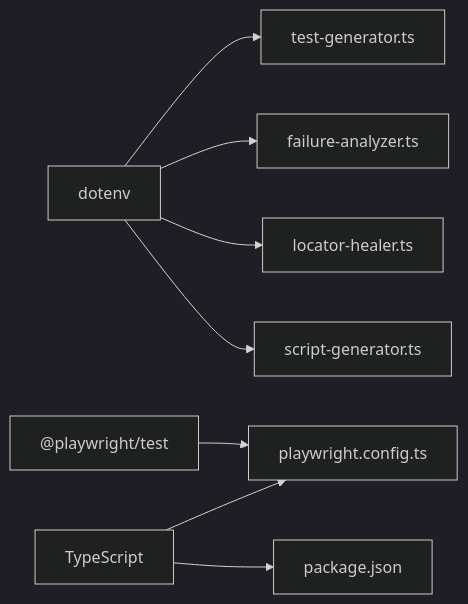
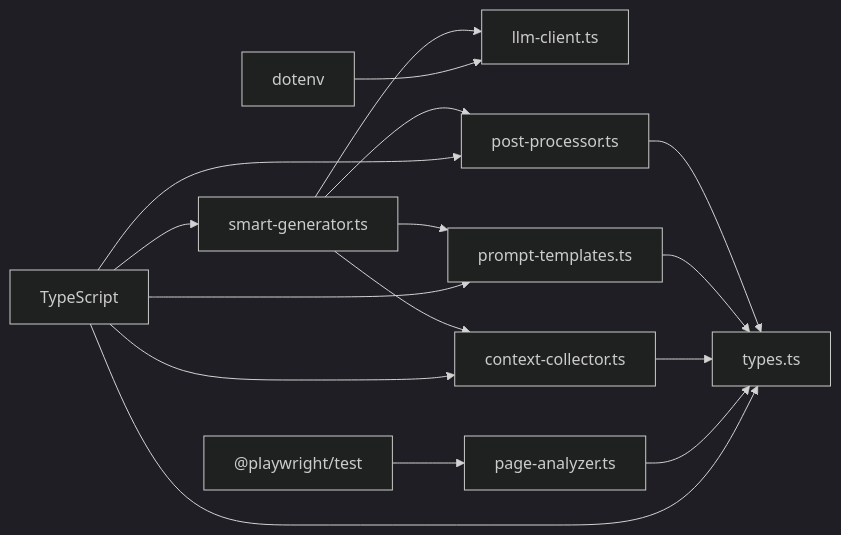
The fifth of 5 diagrams in .qoder/repowiki/zh/content/AI测试生成系统/AI测试用例生成器.md (zzgoviziwind/--playwright), drawn with Mermaid (dark theme) before and after one commit. The commit also changed other lines of this file and 112 other files, not shown here.

````diff
--- a/.qoder/repowiki/zh/content/AI测试生成系统/AI测试用例生成器.md
+++ b/.qoder/repowiki/zh/content/AI测试生成系统/AI测试用例生成器.md
@@ -312,10 +319,18 @@
 ```mermaid
 graph LR
-DOTENV["dotenv"] --> TG["test-generator.ts"]
-DOTENV --> FA["failure-analyzer.ts"]
-DOTENV --> LH["locator-healer.ts"]
-DOTENV --> SG["script-generator.ts"]
-PW["@playwright/test"] --> PC["playwright.config.ts"]
-TS["TypeScript"] --> PC
-TS --> PJ["package.json"]
+DOTENV["dotenv"] --> LLM["llm-client.ts"]
+PLAYWRIGHT["@playwright/test"] --> PA["page-analyzer.ts"]
+TYPESCRIPT["TypeScript"] --> SG["smart-generator.ts"]
+TYPESCRIPT --> PT["prompt-templates.ts"]
+TYPESCRIPT --> PP["post-processor.ts"]
+TYPESCRIPT --> CC["context-collector.ts"]
+TYPESCRIPT --> TY["types.ts"]
+SG --> CC
+SG --> PT
+SG --> PP
+SG --> LLM
+PA --> TY
+CC --> TY
+PT --> TY
+PP --> TY
 ```
````
